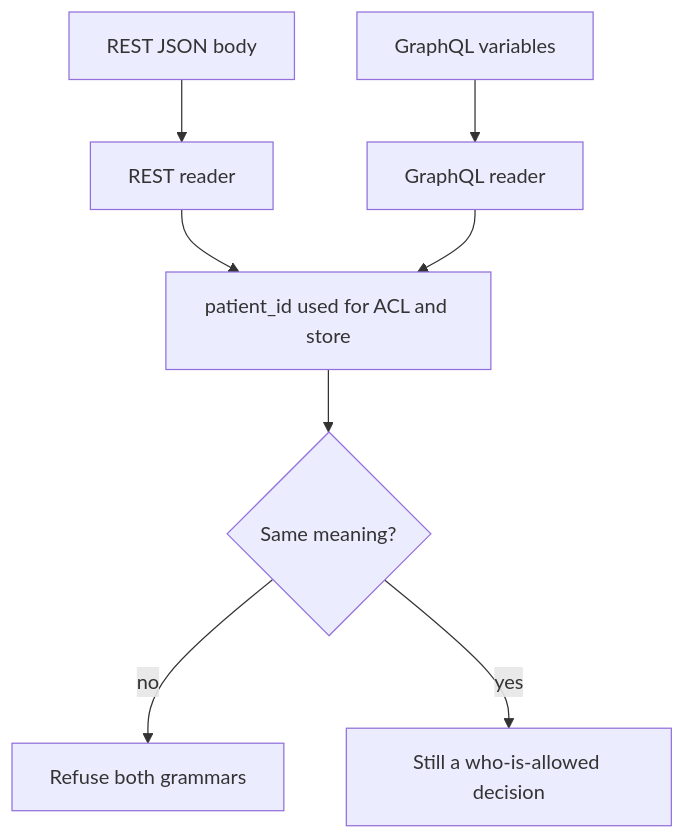
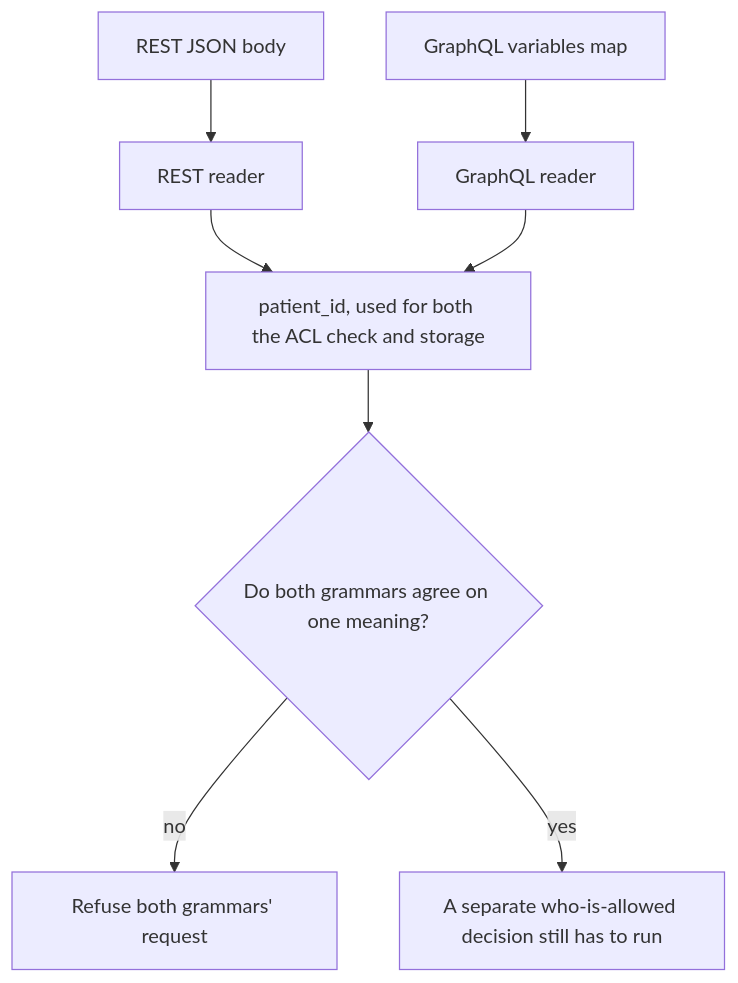
The diagram in content/modules/2/2.1/lessons/07-transfer.md (ishitvagoel/LearnSecurity), drawn with Mermaid before and after one commit. The commit also changed other lines of this file and 17 other files, not shown here.

````diff
--- a/content/modules/2/2.1/lessons/07-transfer.md
+++ b/content/modules/2/2.1/lessons/07-transfer.md
@@ -21,10 +21,10 @@
 ```mermaid
 flowchart TD
   REST[REST JSON body] --> P1[REST reader]
-  GQL[GraphQL variables] --> P2[GraphQL reader]
-  P1 --> Bind[patient_id used for ACL and store]
+  GQL[GraphQL variables map] --> P2[GraphQL reader]
+  P1 --> Bind[patient_id, used for both the ACL check and storage]
   P2 --> Bind
-  Bind --> Ok{Same meaning?}
-  Ok -->|no| Deny[Refuse both grammars]
-  Ok -->|yes| AuthZ[Still a who-is-allowed decision]
+  Bind --> Ok{Do both grammars agree on one meaning?}
+  Ok -->|no| Deny[Refuse both grammars' request]
+  Ok -->|yes| AuthZ[A separate who-is-allowed decision still has to run]
 ```
````
